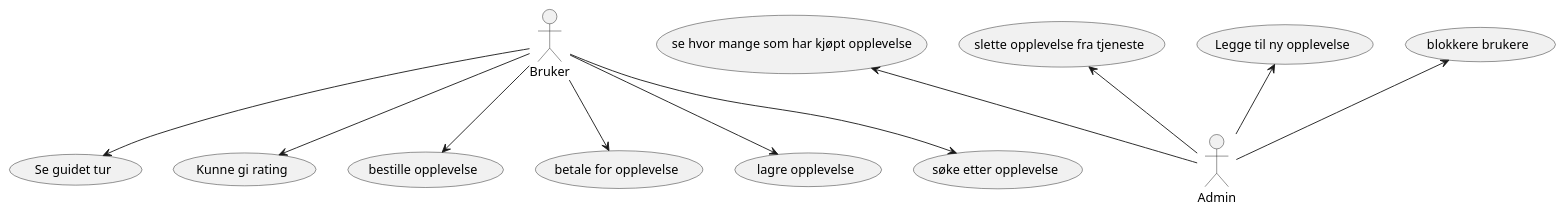
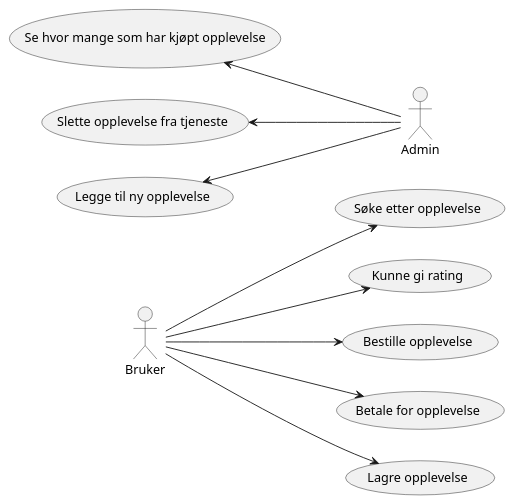
Before and after one commit to mapclean9r/os_Systemer: the diagram in plant.puml, drawn with PlantUML. The commit also changed 2 other files, not shown here.

```diff
--- a/plant.puml
+++ b/plant.puml
@@ -1,16 +1,16 @@
 @startuml name vetle
 'https://plantuml.com/use-case-diagram
 
-:Bruker: --> (Se guidet tur)
+left to right direction
+:Bruker: --> (Søke etter opplevelse)
 :Bruker: --> (Kunne gi rating)
-:Bruker: --> (bestille opplevelse)
-:Bruker: --> (betale for opplevelse)
-:Bruker: --> (lagre opplevelse)
-:Bruker: --> (søke etter opplevelse)
-(se hvor mange som har kjøpt opplevelse) <-- :Admin: 
-(slette opplevelse fra tjeneste) <-- :Admin:
-(Legge til ny opplevelse) <-- :Admin: 
-(blokkere brukere) <-- :Admin:
+:Bruker: --> (Bestille opplevelse)
+:Bruker: --> (Betale for opplevelse)
+:Bruker: --> (Lagre opplevelse)
+
+(Se hvor mange som har kjøpt opplevelse) <-- :Admin: 
+(Slette opplevelse fra tjeneste) <-- :Admin:
+(Legge til ny opplevelse) <-- :Admin:
 
 
 @enduml
```
